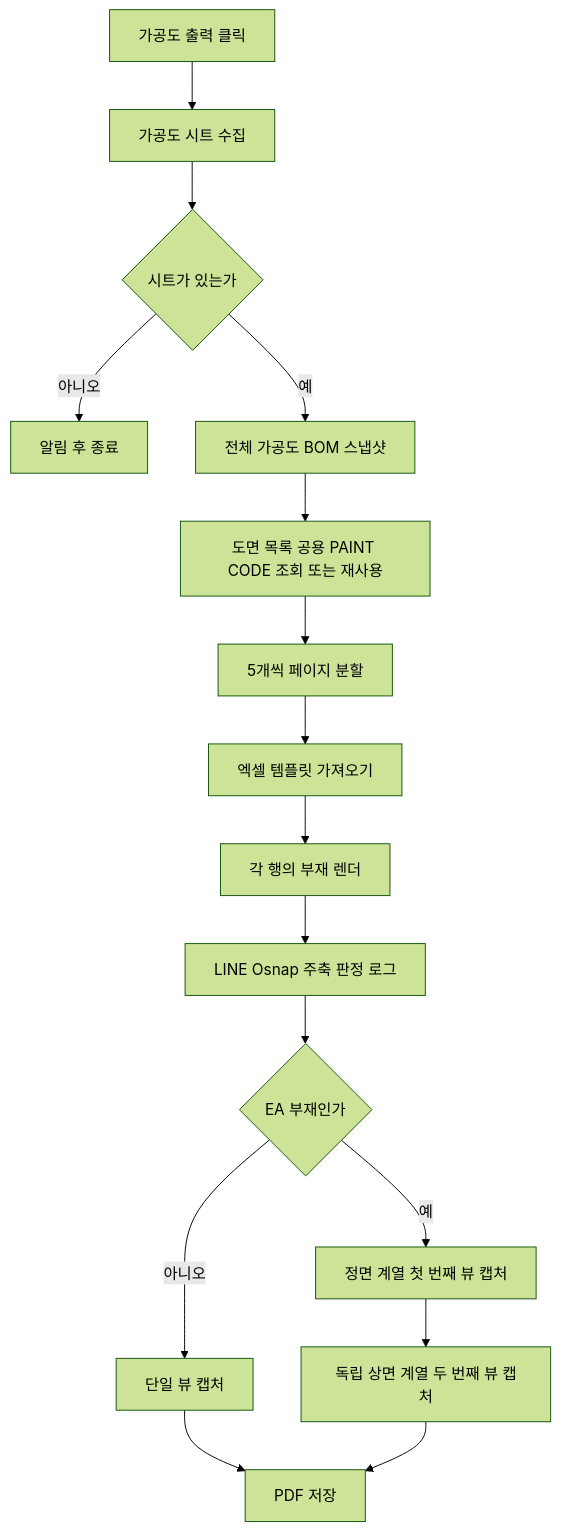
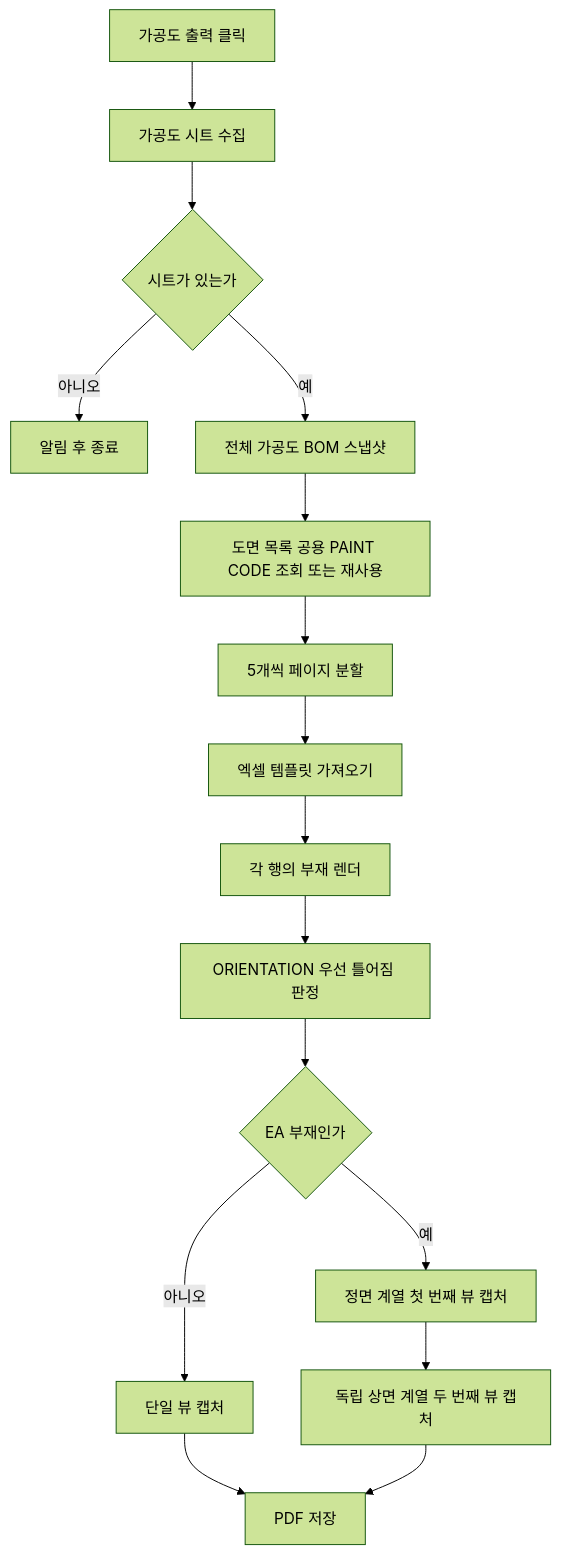
One commit to uuuuj/a2z changed the diagram in docs/기능/가공도/가공도 시트.md. Above: the diagram before and after it, drawn with Mermaid (forest theme). The commit also changed other lines of this file and 9 other files, not shown here.

````diff
--- a/docs/기능/가공도/가공도 시트.md
+++ b/docs/기능/가공도/가공도 시트.md
@@ -25,18 +25,18 @@
 ```mermaid
 flowchart TD
     A["가공도 출력 클릭"] --> B["가공도 시트 수집"]
     B --> C{"시트가 있는가"}
     C -- 아니오 --> D["알림 후 종료"]
     C -- 예 --> E["전체 가공도 BOM 스냅샷"]
     E --> E1["도면 목록 공용 PAINT CODE 조회 또는 재사용"]
     E1 --> F["5개씩 페이지 분할"]
     F --> G["엑셀 템플릿 가져오기"]
     G --> H["각 행의 부재 렌더"]
-    H --> H1["LINE Osnap 주축 판정 로그"]
+    H --> H1["ORIENTATION 우선 틀어짐 판정"]
     H1 --> I{"EA 부재인가"}
     I -- 아니오 --> J["단일 뷰 캡처"]
     I -- 예 --> K["정면 계열 첫 번째 뷰 캡처"]
     K --> L["독립 상면 계열 두 번째 뷰 캡처"]
     J --> M["PDF 저장"]
     L --> M
 ```
````
